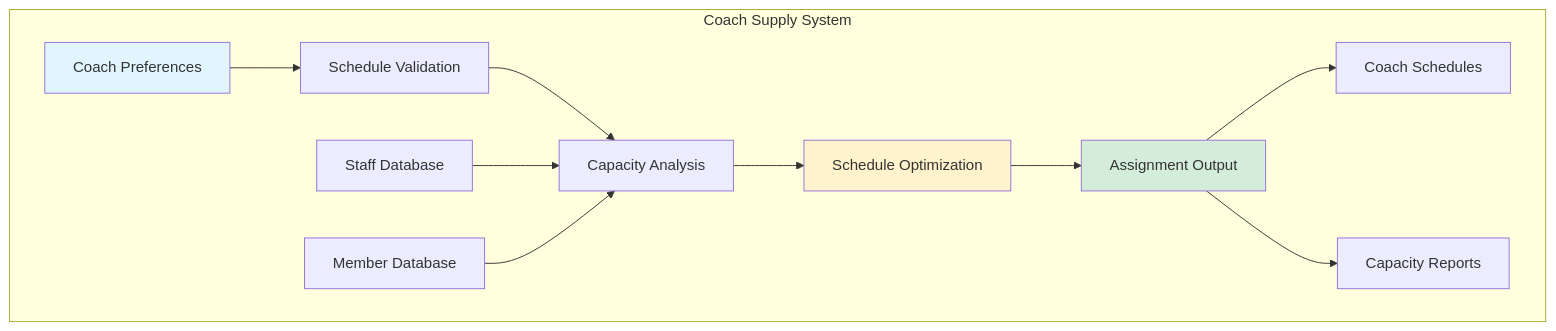
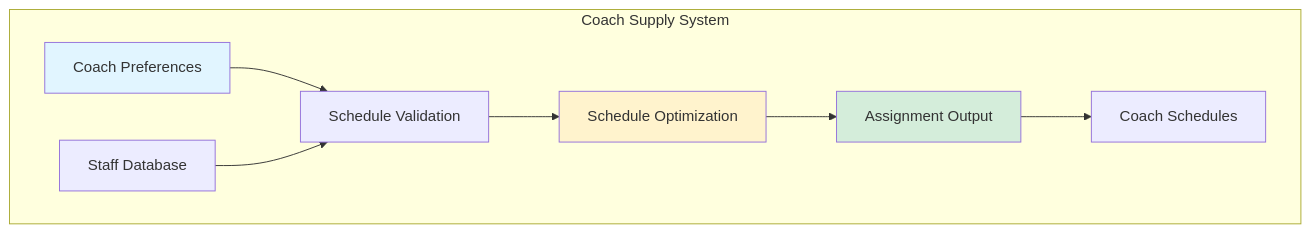
One commit to towshau/schedule_prediction_supply changed the first of 8 diagrams in README.md. Above: the diagram before and after it, drawn with Mermaid. The commit also changed other lines of this file, not shown here.

First line of the commit message:
refactor: Remove member/capacity management sections

````diff
--- a/README.md
+++ b/README.md
@@ -22,19 +22,16 @@
 ```mermaid
 graph TB
     subgraph "Coach Supply System"
         A[Coach Preferences] --> B[Schedule Validation]
-        B --> C[Capacity Analysis]
-        C --> D[Schedule Optimization]
-        D --> E[Assignment Output]
+        B --> C[Schedule Optimization]
+        C --> D[Assignment Output]
         
-        F[Staff Database] --> C
-        G[Member Database] --> C
+        F[Staff Database] --> B
         
-        E --> H[Coach Schedules]
-        E --> I[Capacity Reports]
+        D --> H[Coach Schedules]
     end
     
     style A fill:#e1f5ff
-    style E fill:#d4edda
-    style D fill:#fff3cd
+    style D fill:#d4edda
+    style C fill:#fff3cd
 ```
````
